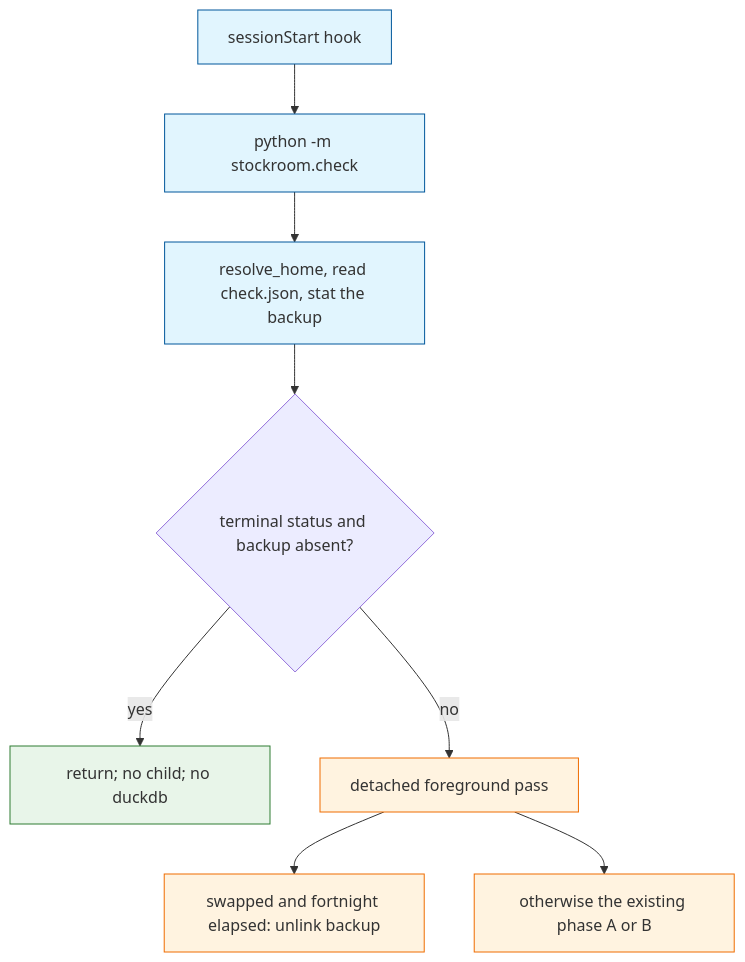
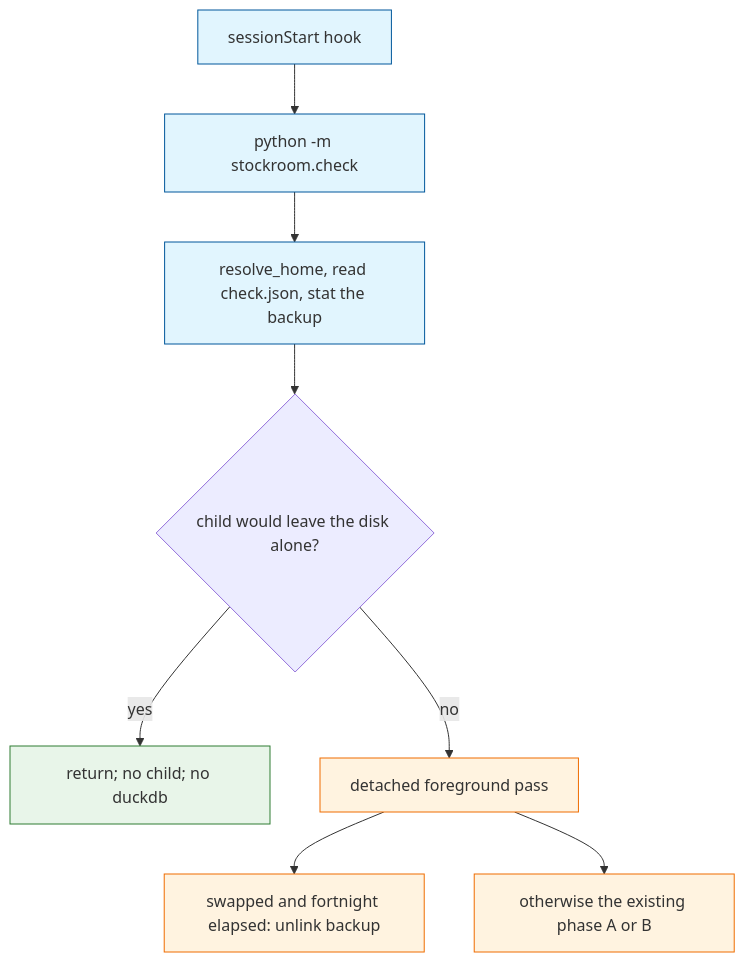
The diagram in memory-bank/active/creative/creative-check-machinery-lifetime.md (Texarkanine/stockroom), drawn with Mermaid before and after one commit. The commit also changed other lines of this file and 4 other files, not shown here.

````diff
--- a/memory-bank/active/creative/creative-check-machinery-lifetime.md
+++ b/memory-bank/active/creative/creative-check-machinery-lifetime.md
@@ -33,14 +33,14 @@
 ```mermaid
 graph TD
     classDef hook fill:#e1f5fe,stroke:#01579b
     classDef quiet fill:#e8f5e9,stroke:#2e7d32
     classDef work fill:#fff3e0,stroke:#ef6c00
 
     Hook["sessionStart hook"]:::hook --> Parent["python -m stockroom.check"]:::hook
     Parent --> Gate["resolve_home, read check.json, stat the backup"]:::hook
-    Gate --> Quiet{"terminal status and backup absent?"}
+    Gate --> Quiet{"child would leave the disk alone?"}
     Quiet -->|yes| Stop["return; no child; no duckdb"]:::quiet
     Quiet -->|no| Child["detached foreground pass"]:::work
     Child --> Reclaim["swapped and fortnight elapsed: unlink backup"]:::work
     Child --> Migrate["otherwise the existing phase A or B"]:::work
 ```
````
